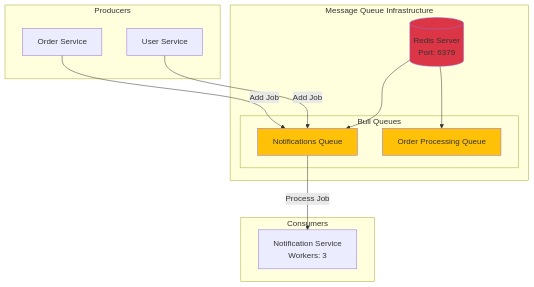
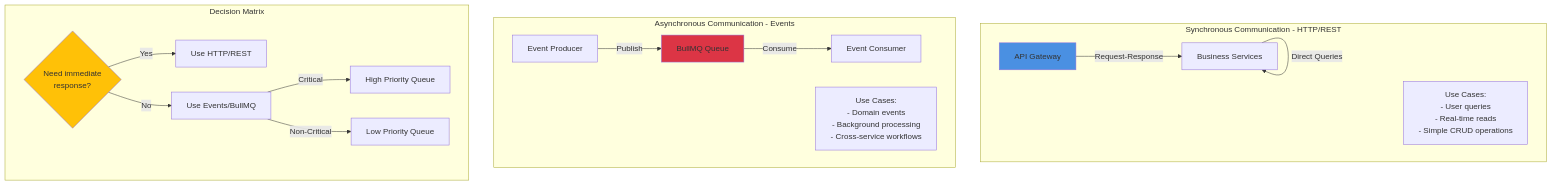
Before and after one commit to BabaScience/ecom-microservices: the fifth of 6 diagrams in docs/spec.md, drawn with Mermaid. The commit also changed other lines of this file, not shown here.

First line of the commit message:
Enhance architecture specification for e-commerce microservices

````diff
--- a/docs/spec.md
+++ b/docs/spec.md
@@ -487,30 +1659,29 @@
 ```mermaid
 graph TB
-    subgraph "Producers"
-        OrderSvc[Order Service]
-        UserSvc[User Service]
+    subgraph "Synchronous Communication - HTTP/REST"
+        API[API Gateway] -->|Request-Response| Services[Business Services]
+        Services -->|Direct Queries| Services
+        
+        Note1["Use Cases:<br/>- User queries<br/>- Real-time reads<br/>- Simple CRUD operations"]
     end
     
-    subgraph "Message Queue Infrastructure"
-        Redis[(Redis Server<br/>Port: 6379)]
+    subgraph "Asynchronous Communication - Events"
+        Producer[Event Producer] -->|Publish| Queue[BullMQ Queue]
+        Queue -->|Consume| Consumer[Event Consumer]
         
-        subgraph "Bull Queues"
-            NQ[Notifications Queue]
-            OPQ[Order Processing Queue]
-        end
+        Note2["Use Cases:<br/>- Domain events<br/>- Background processing<br/>- Cross-service workflows"]
     end
     
-    subgraph "Consumers"
-        NotificationSvc[Notification Service<br/>Workers: 3]
+    subgraph "Decision Matrix"
+        Decision{"Need immediate<br/>response?"}
+        Decision -->|Yes| Sync[Use HTTP/REST]
+        Decision -->|No| Async[Use Events/BullMQ]
+        
+        Async -->|Critical| HighPriority[High Priority Queue]
+        Async -->|Non-Critical| LowPriority[Low Priority Queue]
     end
     
-    OrderSvc -->|Add Job| NQ
-    UserSvc -->|Add Job| NQ
-    Redis --> NQ
-    Redis --> OPQ
-    NQ -->|Process Job| NotificationSvc
-    
-    style Redis fill:#DC3545
-    style NQ fill:#FFC107
-    style OPQ fill:#FFC107
+    style API fill:#4A90E2
+    style Queue fill:#DC3545
+    style Decision fill:#FFC107
 ```
````
